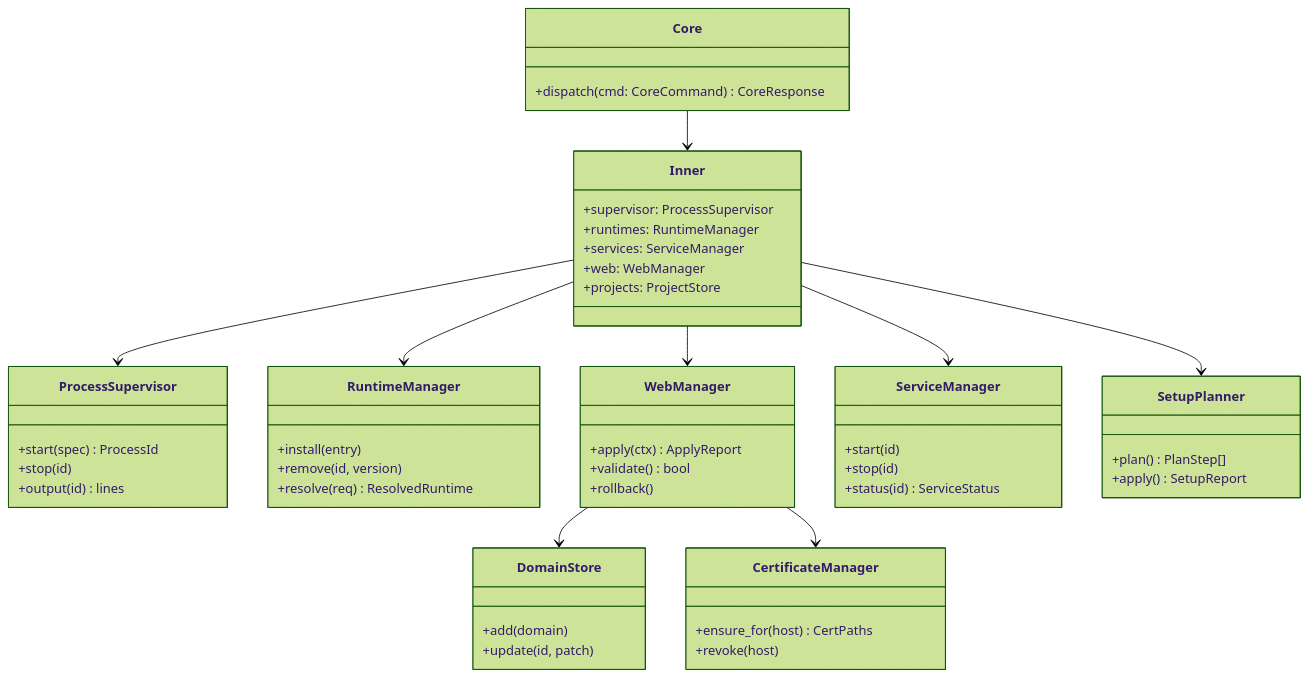
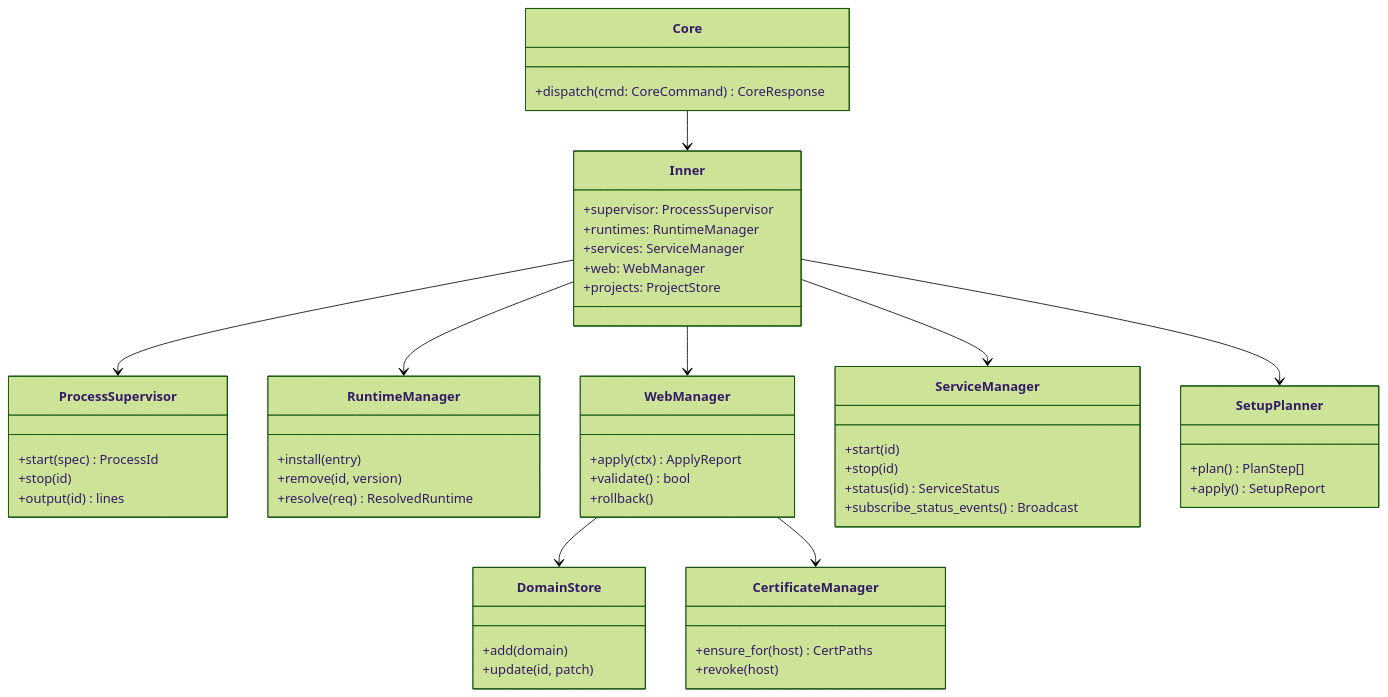
One commit to kz370/OpenLocalServer changed the diagram in specs/diagrams/classes.mmd. Above: the diagram before and after it, drawn with Mermaid (forest theme). The commit also changed 16 other files, not shown here.

First line of the commit message:
feat: introduce service state management and event broadcasting

```diff
--- a/specs/diagrams/classes.mmd
+++ b/specs/diagrams/classes.mmd
@@ -1,51 +1,52 @@
 classDiagram
   class Core {
     +dispatch(cmd: CoreCommand) CoreResponse
   }
   class Inner {
     +supervisor: ProcessSupervisor
     +runtimes: RuntimeManager
     +services: ServiceManager
     +web: WebManager
     +projects: ProjectStore
   }
   class ProcessSupervisor {
     +start(spec) ProcessId
     +stop(id)
     +output(id) lines
   }
   class RuntimeManager {
     +install(entry)
     +remove(id, version)
     +resolve(req) ResolvedRuntime
   }
   class WebManager {
     +apply(ctx) ApplyReport
     +validate() bool
     +rollback()
   }
   class DomainStore {
     +add(domain)
     +update(id, patch)
   }
   class CertificateManager {
     +ensure_for(host) CertPaths
     +revoke(host)
   }
   class ServiceManager {
     +start(id)
     +stop(id)
     +status(id) ServiceStatus
+    +subscribe_status_events() Broadcast<ServiceStateEvent>
   }
   class SetupPlanner {
     +plan() PlanStep[]
     +apply() SetupReport
   }
   Core --> Inner
   Inner --> ProcessSupervisor
   Inner --> RuntimeManager
   Inner --> ServiceManager
   Inner --> WebManager
   WebManager --> DomainStore
   WebManager --> CertificateManager
   Inner --> SetupPlanner
```
